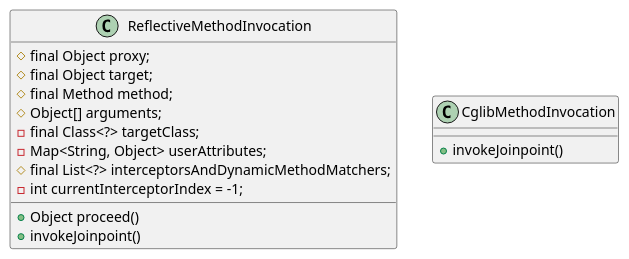
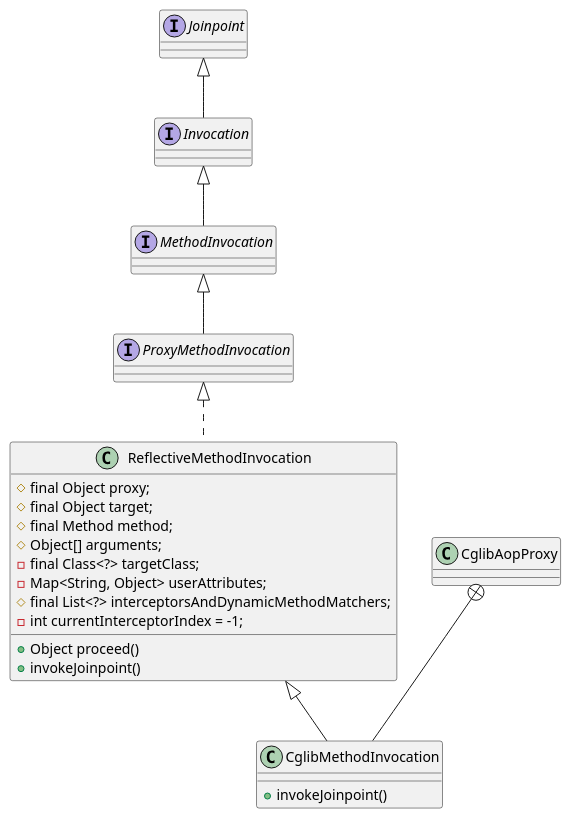
One commit to onlyonion/development changed the diagram in 20-framework/src/spring/spring-aop/framework/ReflectiveMethodInvocation.md. Above: the diagram before and after it, drawn with PlantUML. The commit also changed other lines of this file and 36 other files, not shown here.

````diff
--- a/20-framework/src/spring/spring-aop/framework/ReflectiveMethodInvocation.md
+++ b/20-framework/src/spring/spring-aop/framework/ReflectiveMethodInvocation.md
@@ -14,23 +15,37 @@
 ```plantuml
 @startuml
+
+interface Joinpoint
+interface Invocation
+interface MethodInvocation
+interface ProxyMethodInvocation
+
+Joinpoint ^-- Invocation
+Invocation ^-- MethodInvocation
+MethodInvocation ^-- ProxyMethodInvocation
+ProxyMethodInvocation ^.. ReflectiveMethodInvocation
 
 class ReflectiveMethodInvocation {
     # final Object proxy;
     # final Object target;
     # final Method method;
     # Object[] arguments;
     - final Class<?> targetClass;
     - Map<String, Object> userAttributes;
     # final List<?> interceptorsAndDynamicMethodMatchers;
     - int currentInterceptorIndex = -1;
     
     + Object proceed()
     + invokeJoinpoint()
 }
 
+ReflectiveMethodInvocation ^-- CglibMethodInvocation
+
+class CglibAopProxy
+CglibAopProxy +-- CglibMethodInvocation
 class CglibMethodInvocation {
     + invokeJoinpoint()
 }
 
 @enduml
 ```
````
